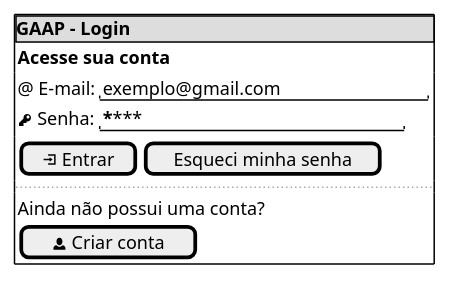
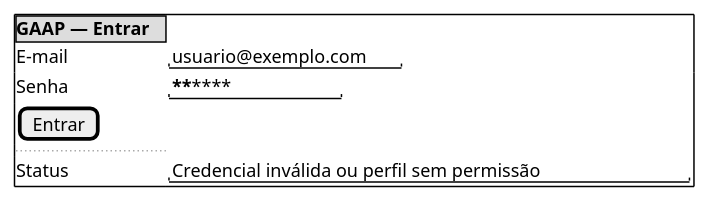
The first of 5 diagrams in docs/Iniciacao/prototipo_baixa_fidelidade.md (Projetos-de-Extensao/PECDII_26.2_8001_I), drawn with PlantUML before and after one commit. The commit also changed other lines of this file and 15 other files, not shown here.

````diff
--- a/docs/Iniciacao/prototipo_baixa_fidelidade.md
+++ b/docs/Iniciacao/prototipo_baixa_fidelidade.md
@@ -38,27 +23,12 @@
 ```plantuml
 @startsalt
 {+
-    {* <b>GAAP - Login}
-
-    {
-        <b>Acesse sua conta
-    }
-
-    {
-        @ E-mail: | "exemplo@gmail.com          "
-        <&key> Senha: | "********                 "
-    }
-
-    {
-        [<&account-login> Entrar] | [Esqueci minha senha]
-    }
-
-    ..
-
-    {
-        Ainda não possui uma conta?
-        [<&person> Criar conta]
-    }
+  {* <b>GAAP — Entrar}
+  E-mail | "usuario@exemplo.com"
+  Senha | "**************"
+  [Entrar]
+  ..
+  Status | "Credencial inválida ou perfil sem permissão"
 }
 @endsalt
 ```
````
